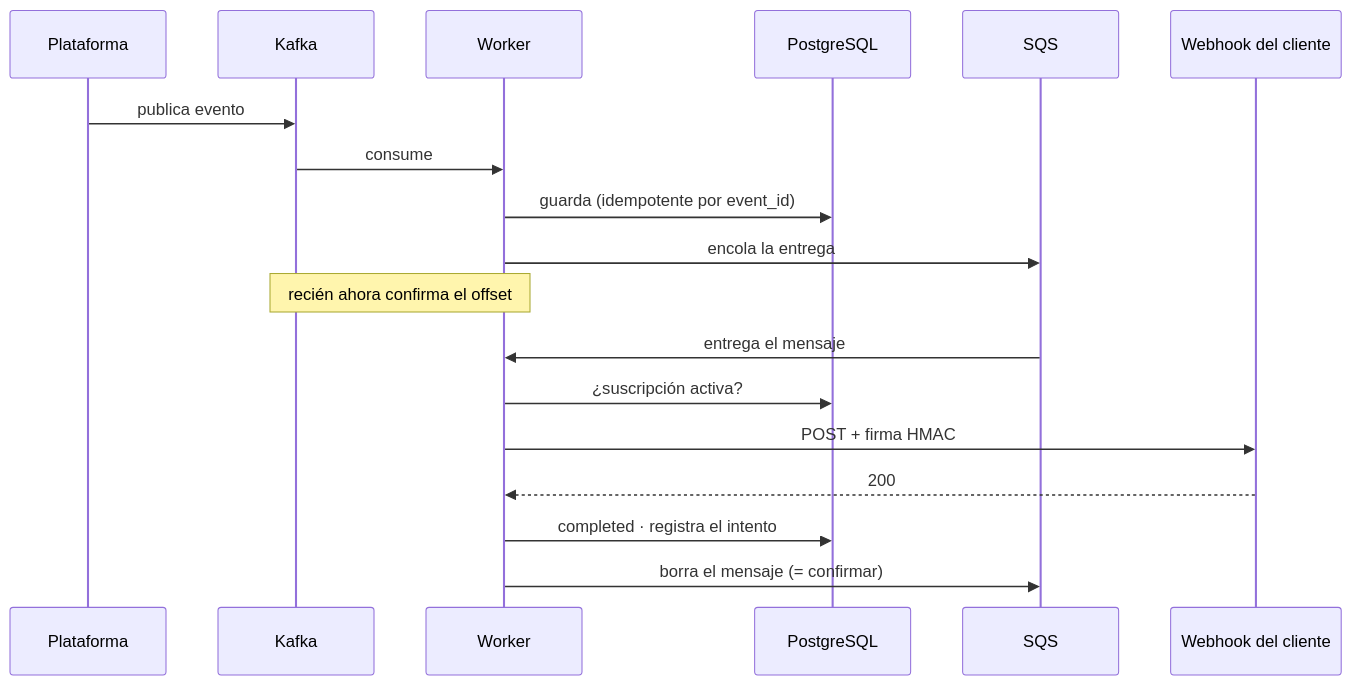
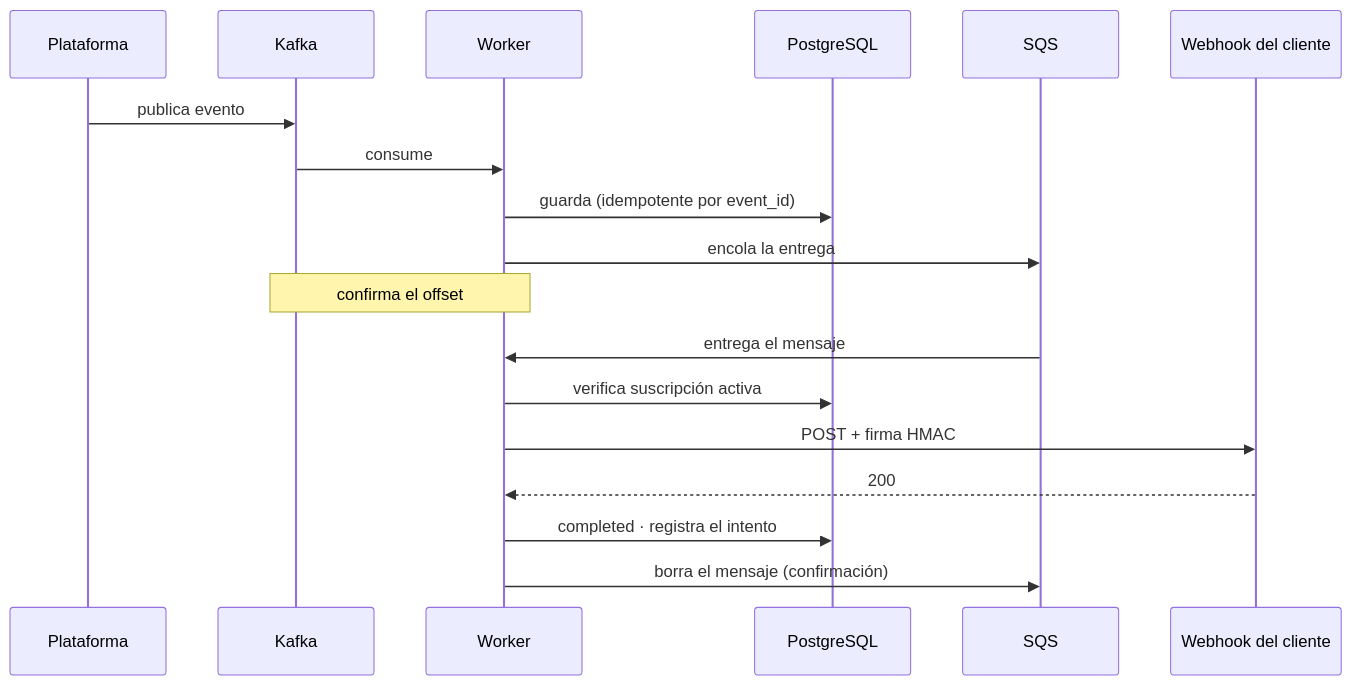
Before and after one commit to ssalaza7/cobre-notification-delivery: the second of 5 diagrams in README.md, drawn with Mermaid. The commit also changed other lines of this file and 3 other files, not shown here.

````diff
--- a/README.md
+++ b/README.md
@@ -76,21 +87,21 @@
 ```mermaid
 sequenceDiagram
     participant P as Plataforma
     participant K as Kafka
     participant W as Worker
     participant DB as PostgreSQL
     participant Q as SQS
     participant C as Webhook del cliente
 
     P->>K: publica evento
     K->>W: consume
     W->>DB: guarda (idempotente por event_id)
     W->>Q: encola la entrega
-    Note over W,K: recién ahora confirma el offset
+    Note over W,K: confirma el offset
     Q->>W: entrega el mensaje
-    W->>DB: ¿suscripción activa?
+    W->>DB: verifica suscripción activa
     W->>C: POST + firma HMAC
     C-->>W: 200
     W->>DB: completed · registra el intento
-    W->>Q: borra el mensaje (= confirmar)
+    W->>Q: borra el mensaje (confirmación)
 ```
````
